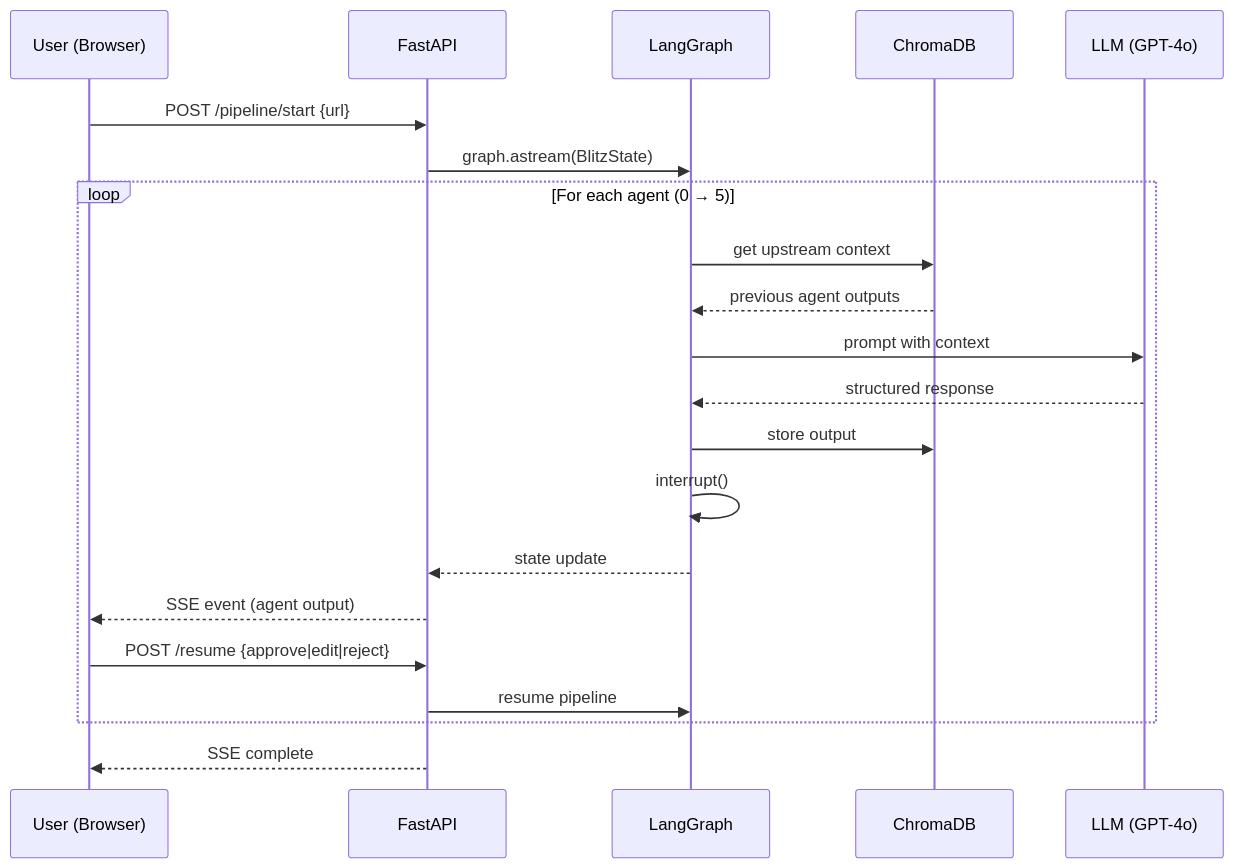
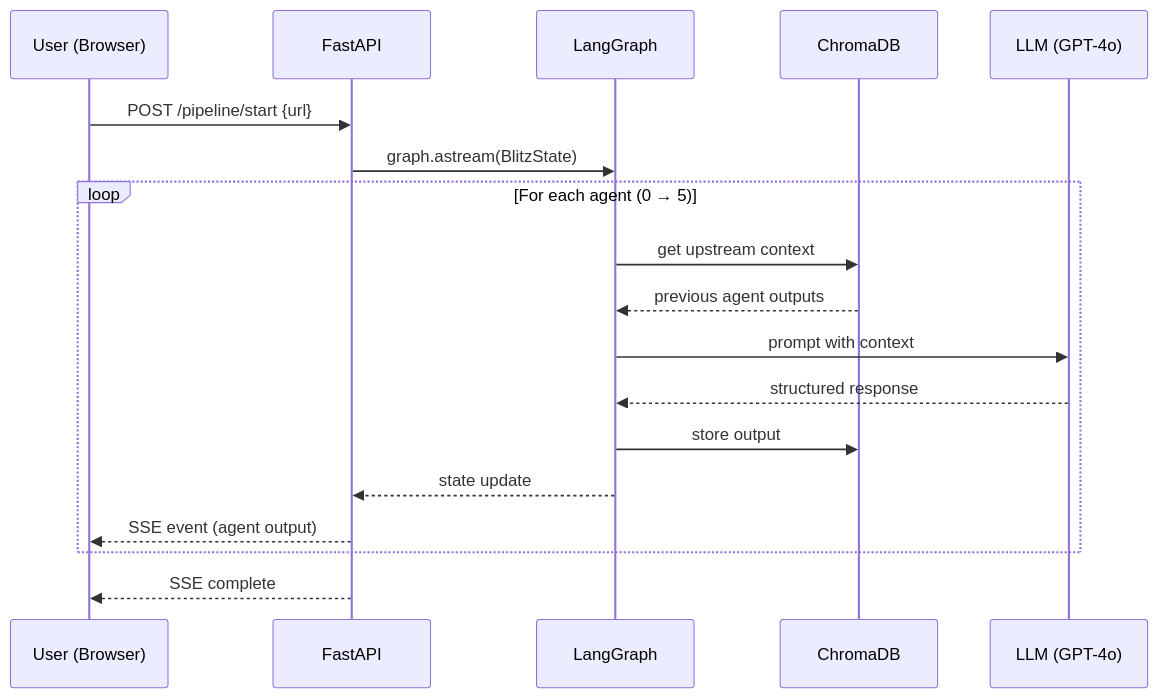
The second of 3 diagrams in README.md (prathyusha1231/blitz), drawn with Mermaid before and after one commit. The commit also changed other lines of this file and 7 other files, not shown here.

````diff
--- a/README.md
+++ b/README.md
@@ -78,26 +78,23 @@
 ```mermaid
 sequenceDiagram
     participant U as User (Browser)
     participant F as FastAPI
     participant G as LangGraph
     participant C as ChromaDB
     participant L as LLM (GPT-4o)
 
     U->>F: POST /pipeline/start {url}
     F->>G: graph.astream(BlitzState)
 
     loop For each agent (0 → 5)
         G->>C: get upstream context
         C-->>G: previous agent outputs
         G->>L: prompt with context
         L-->>G: structured response
         G->>C: store output
-        G->>G: interrupt()
         G-->>F: state update
         F-->>U: SSE event (agent output)
-        U->>F: POST /resume {approve|edit|reject}
-        F->>G: resume pipeline
     end
 
     F-->>U: SSE complete
 ```
````
